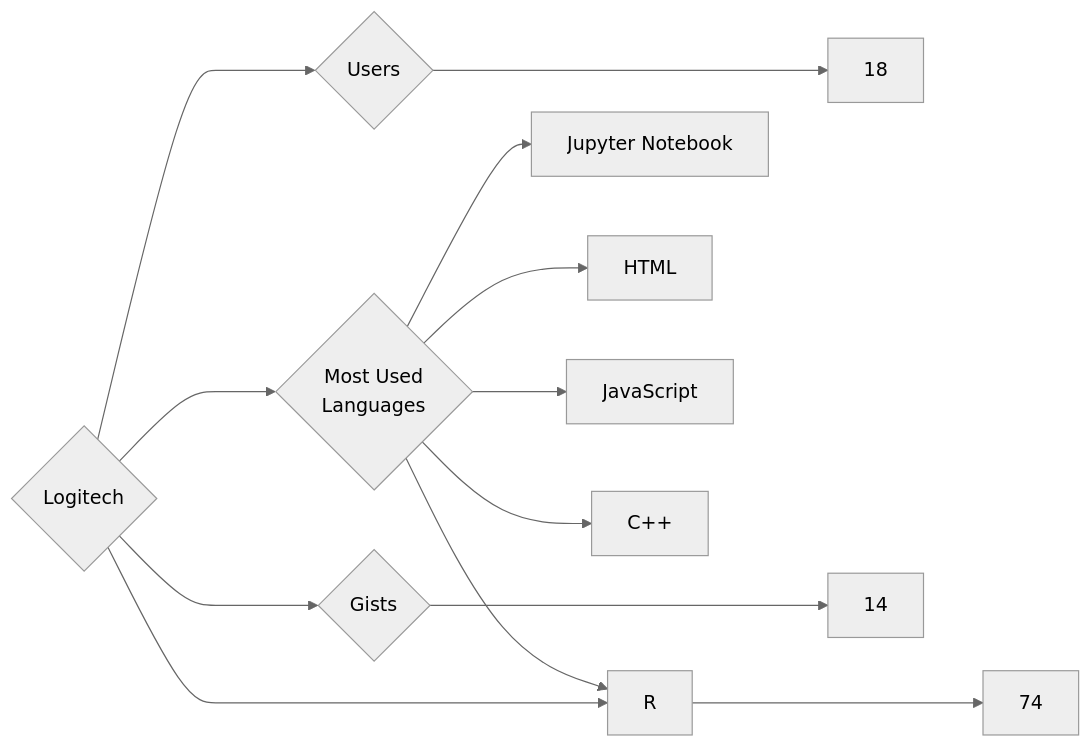
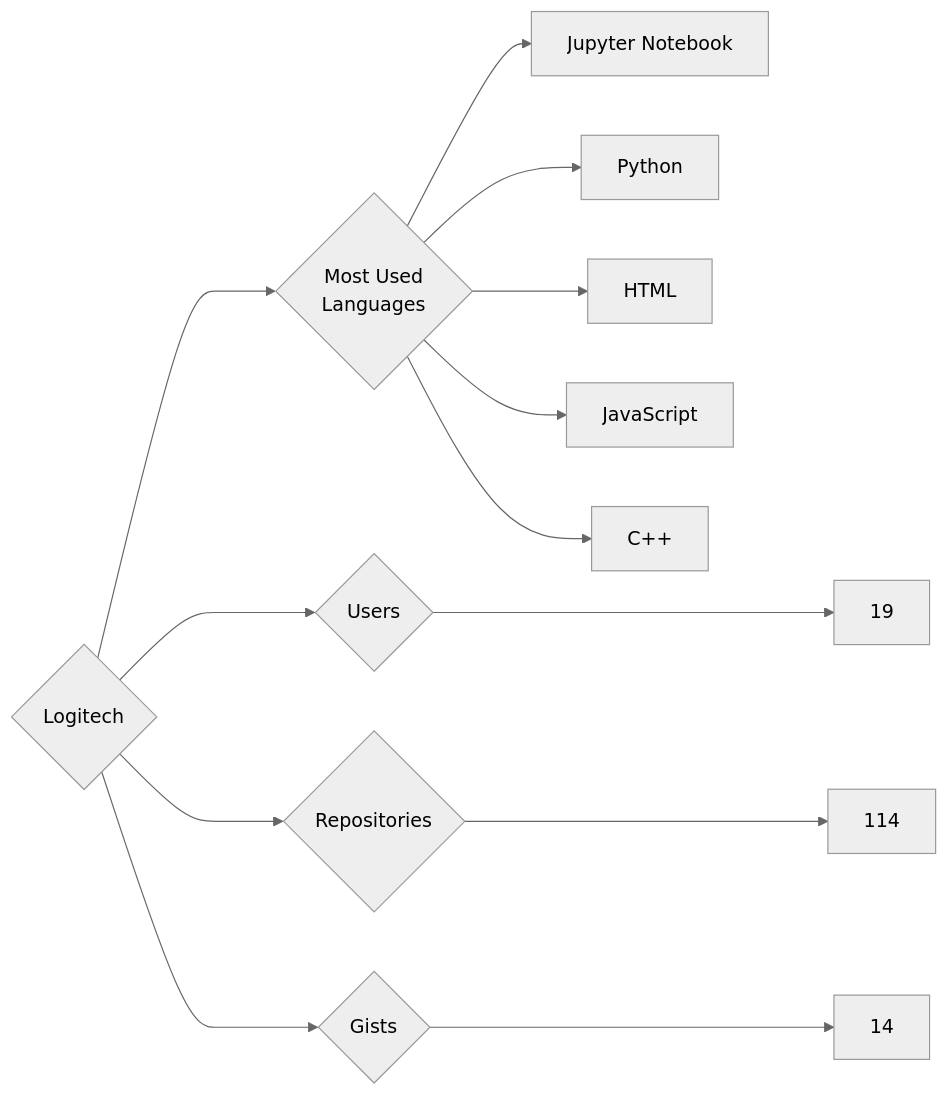
One commit to trickest/insiders changed the diagram in targets/Logitech/README.md. Above: the diagram before and after it, drawn with Mermaid (neutral theme). The commit also changed 930 other files, not shown here.

````diff
--- a/targets/Logitech/README.md
+++ b/targets/Logitech/README.md
@@ -3,13 +3,13 @@
 ```mermaid
 graph LR
 COMPANY_NAME{Logitech}
-COMPANY_NAME ---> U{Users} ---> UN[18]
-COMPANY_NAME ---> R{Repositories} ---> RN[74]
+COMPANY_NAME ---> U{Users} ---> UN[19]
+COMPANY_NAME ---> R{Repositories} ---> RN[114]
 COMPANY_NAME ---> G{Gists} ---> GN[14]
 COMPANY_NAME ---> ML{Most Used<br>Languages}
 ML --> Jupyter_Notebook[Jupyter Notebook]
+ML --> Python[Python]
 ML --> HTML[HTML]
 ML --> JavaScript[JavaScript]
-ML --> R[R]
 ML --> C++[C++]
 ```
````
